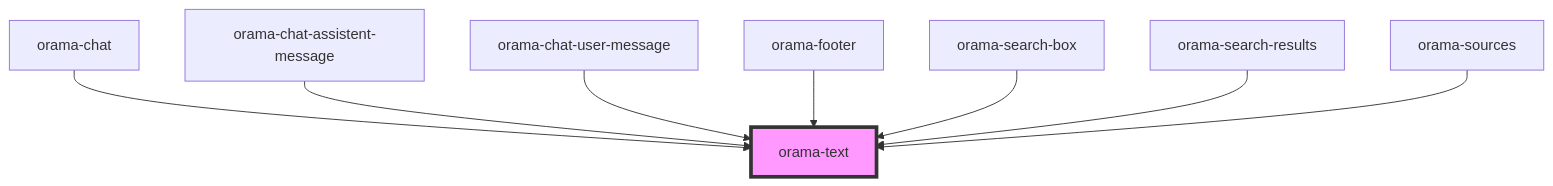
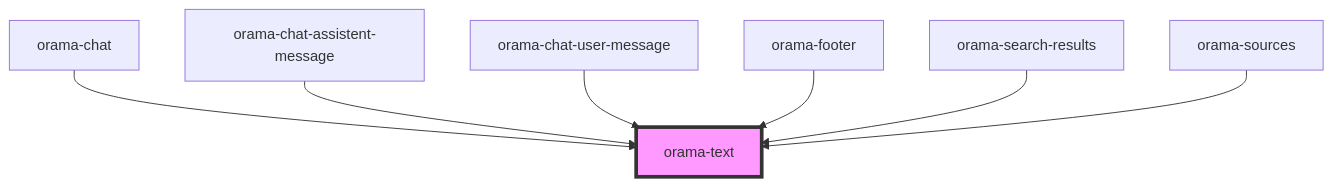
Before and after one commit to oramasearch/orama-ui-components: the diagram in packages/ui-stencil/src/components/internal/orama-text/readme.md, drawn with Mermaid. The commit also changed other lines of this file and 6 other files, not shown here.

````diff
--- a/packages/ui-stencil/src/components/internal/orama-text/readme.md
+++ b/packages/ui-stencil/src/components/internal/orama-text/readme.md
@@ -32,11 +31,10 @@
 ```mermaid
 graph TD;
   orama-chat --> orama-text
   orama-chat-assistent-message --> orama-text
   orama-chat-user-message --> orama-text
   orama-footer --> orama-text
-  orama-search-box --> orama-text
   orama-search-results --> orama-text
   orama-sources --> orama-text
   style orama-text fill:#f9f,stroke:#333,stroke-width:4px
 ```
````
